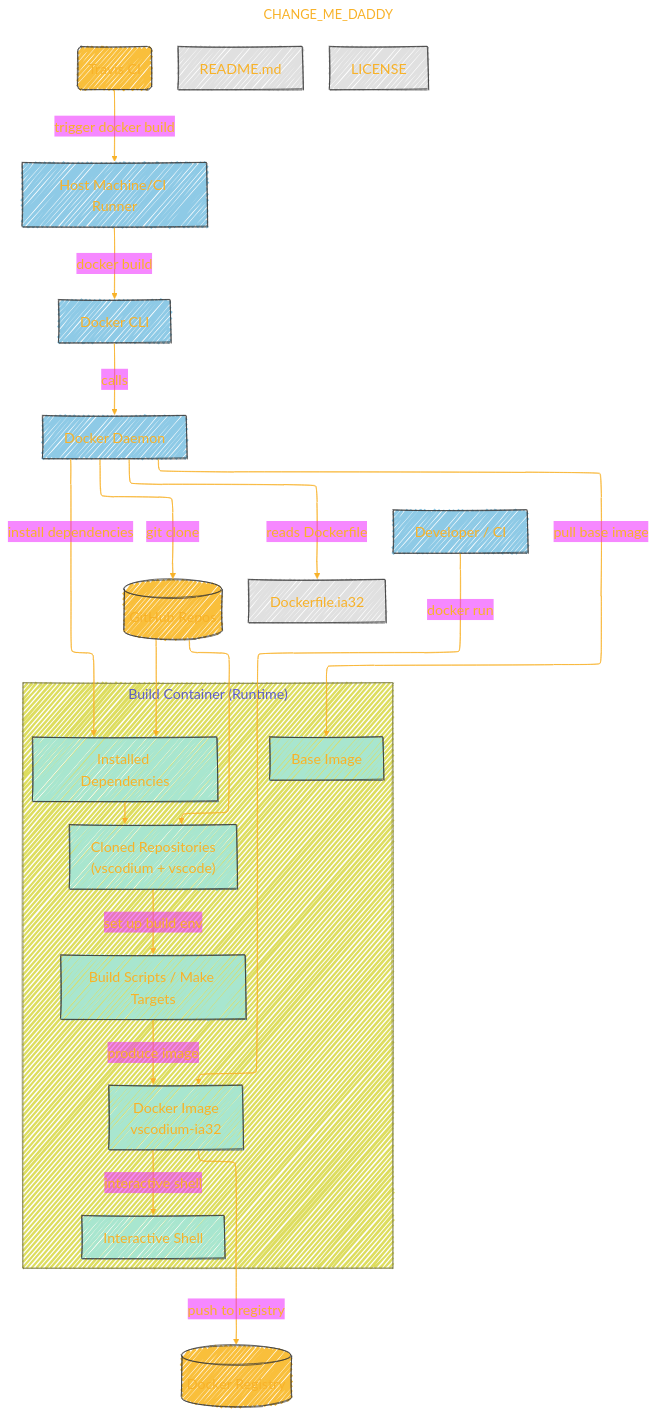
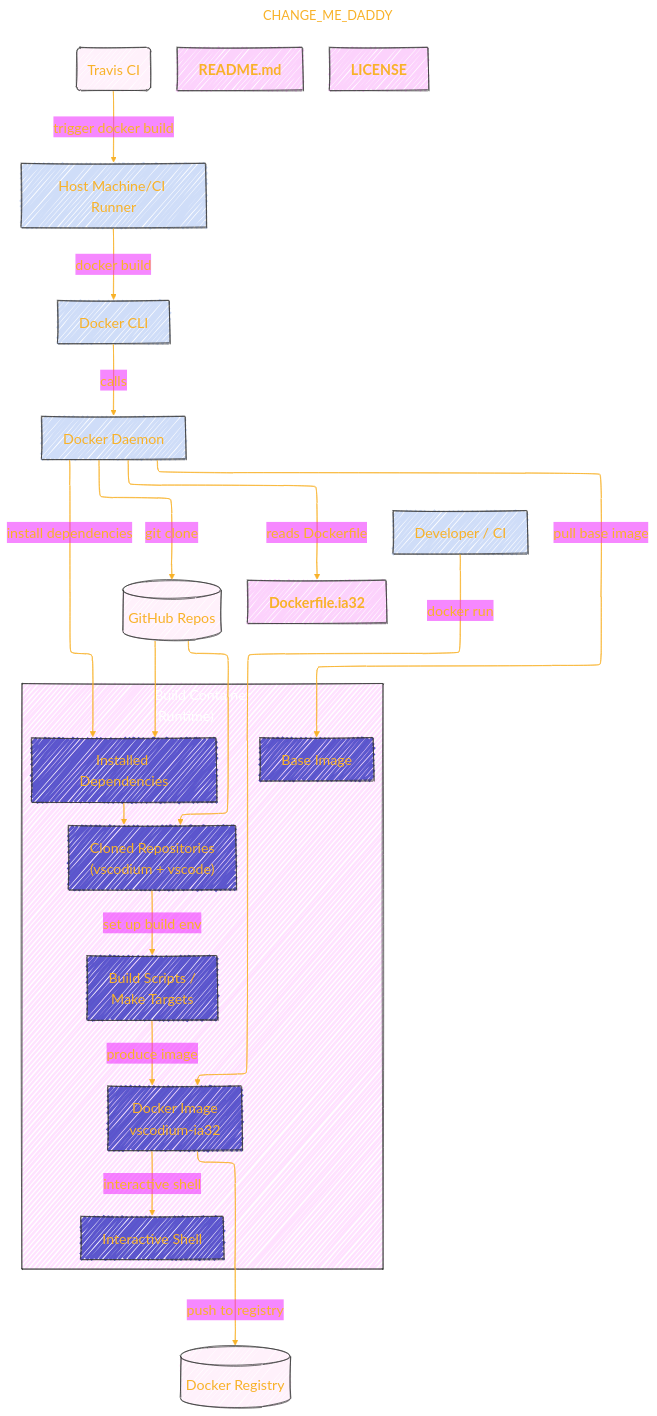
Before and after one commit to CongLeSolutionX/ArchExplorer: the first of 2 diagrams in VSCodium/docker-files.md, drawn with Mermaid.

Commit message:
update notes

````diff
--- a/VSCodium/docker-files.md
+++ b/VSCodium/docker-files.md
@@ -87,17 +87,18 @@
     Developer["Developer / CI"]:::host
 
     %% Configuration Files
-    Dockerfile["Dockerfile.ia32"]:::config
-    README["README.md"]:::config
-    LICENSE["LICENSE"]:::config
+    Dockerfile["<b>Dockerfile.ia32</b>"]:::config
+    README["<b>README.md</b>"]:::config
+    LICENSE["<b>LICENSE</b>"]:::config
 
     %% Build Container Runtime
-    subgraph "Build Container (Runtime)"
+    subgraph Build_Container["Build Container<br/>(Runtime)"]
+    style Build_Container fill:#F2F2,stroke:#333,stroke-width:1px, color: #FFFF
         BaseImage["Base Image"]:::runtime
         Dependencies["Installed Dependencies"]:::runtime
-        Repos["Cloned Repositories\n(vscodium + vscode)"]:::runtime
-        BuildScripts["Build Scripts / Make Targets"]:::runtime
-        Image["Docker Image\nvscodium-ia32"]:::runtime
+        Repos["Cloned Repositories<br/>(vscodium + vscode)"]:::runtime
+        BuildScripts["Build Scripts /<br/> Make Targets"]:::runtime
+        Image["Docker Image<br/>vscodium-ia32"]:::runtime
         InteractiveShell["Interactive Shell"]:::runtime
     end
 
@@ -124,8 +125,8 @@
     click LICENSE "https://github.com/vscodium/vscodium-docker-files/tree/master/LICENSE"
 
     %% Styles
-    classDef external fill:#f9bf3b,stroke:#333,stroke-width:1px
-    classDef host fill:#8ecae6,stroke:#333,stroke-width:1px
-    classDef runtime fill:#a8e6cf,stroke:#333,stroke-width:1px
-    classDef config fill:#e0e0e0,stroke:#333,stroke-width:1px
+    classDef external fill:#f3b1,stroke:#333,stroke-width:1px
+    classDef host fill:#8ae6,stroke:#333,stroke-width:1px
+    classDef runtime fill:#22BB,stroke:#333,stroke-width:1px
+    classDef config fill:#e2e3,stroke:#333,stroke-width:1px
 ```
````
